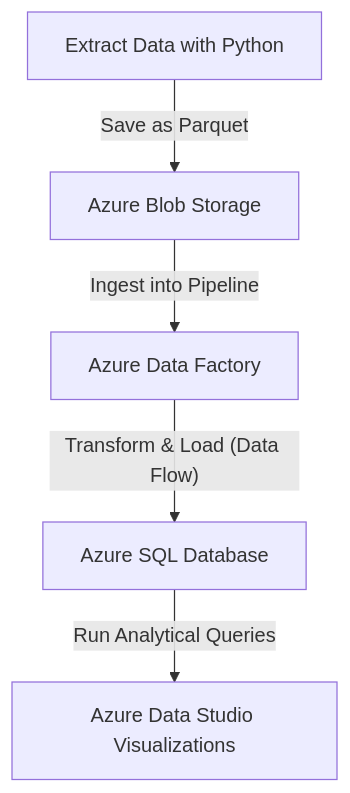
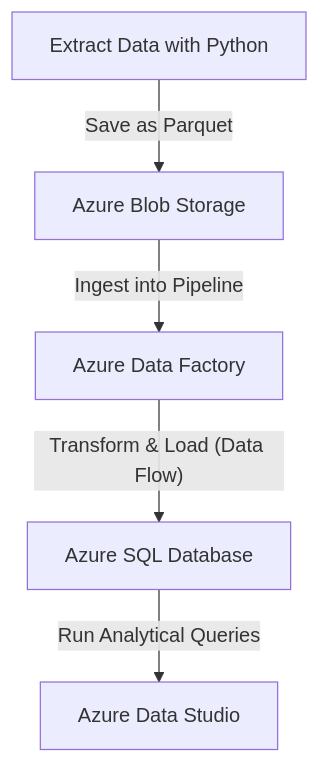
The diagram in README.md (alexvidi/Azure-ETL-DataFactory-SQL-analytics), drawn with Mermaid before and after one commit.

Commit message:
mermaid error fixed

````diff
--- a/README.md
+++ b/README.md
@@ -23,7 +23,7 @@
 ```mermaid
 flowchart TD
     A[Extract Data with Python] -->|Save as Parquet| B[Azure Blob Storage]
     B -->|Ingest into Pipeline| C[Azure Data Factory]
     C -->|"Transform & Load (Data Flow)"| D[Azure SQL Database]
-    D -->|Run Analytical Queries| E[Azure Data Studio Visualizations]
+    D -->|Run Analytical Queries| E[Azure Data Studio]
 ```
````
